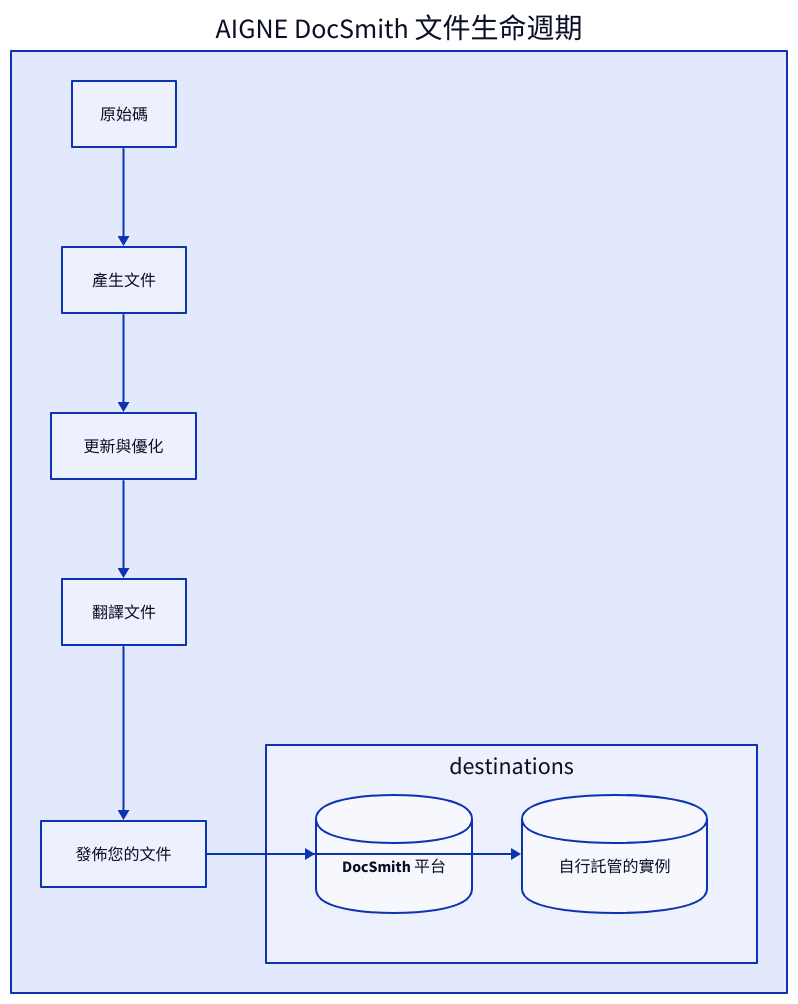
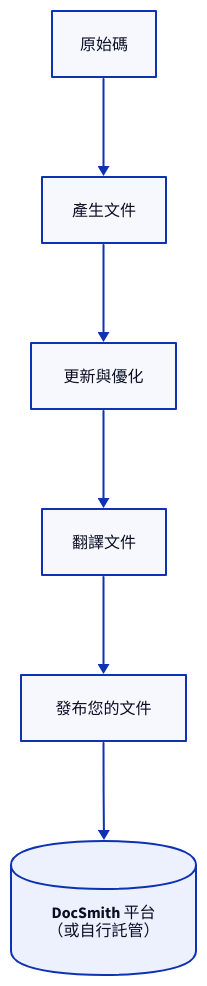
The diagram in docs/features.zh-TW.md (AIGNE-io/aigne-doc-smith), drawn with D2 before and after one commit. The commit also changed other lines of this file and 69 other files, not shown here.

````diff
--- a/docs/features.zh-TW.md
+++ b/docs/features.zh-TW.md
@@ -5,39 +5,39 @@
 ```d2
 direction: down
 
-AIGNE-DocSmith-Workflow: {
-  label: "AIGNE DocSmith 文件生命週期"
-  
-  source-code: "原始碼"
-
-  generate: "產生文件"
-
-  refine: "更新與優化"
-
-  translate: "翻譯文件"
-
-  publish: "發佈您的文件"
-
-  destinations: {
-    grid-columns: 2
-    grid-gap: 50
-
-    docsmith-platform: {
-      label: "DocSmith 平台"
-      shape: cylinder
-    }
-
-    self-hosted: {
-      label: "自行託管的實例"
-      shape: cylinder
-    }
-  }
+source-code: {
+  label: "原始碼"
+  shape: rectangle
 }
 
-AIGNE-DocSmith-Workflow.source-code -> AIGNE-DocSmith-Workflow.generate
-AIGNE-DocSmith-Workflow.generate -> AIGNE-DocSmith-Workflow.refine
-AIGNE-DocSmith-Workflow.refine -> AIGNE-DocSmith-Workflow.translate
-AIGNE-DocSmith-Workflow.translate -> AIGNE-DocSmith-Workflow.publish
-AIGNE-DocSmith-Workflow.publish -> AIGNE-DocSmith-Workflow.destinations.docsmith-platform
-AIGNE-DocSmith-Workflow.publish -> AIGNE-DocSmith-Workflow.destinations.self-hosted
+generate-documentation: {
+  label: "產生文件"
+  shape: rectangle
+}
+
+update-and-refine: {
+  label: "更新與優化"
+  shape: rectangle
+}
+
+translate-documentation: {
+  label: "翻譯文件"
+  shape: rectangle
+}
+
+publish-docs: {
+  label: "發布您的文件"
+  shape: rectangle
+}
+
+platform: {
+  label: "DocSmith 平台\n（或自行託管）"
+  shape: cylinder
+}
+
+source-code -> generate-documentation
+generate-documentation -> update-and-refine
+update-and-refine -> translate-documentation
+translate-documentation -> publish-docs
+publish-docs -> platform
 ```
````
